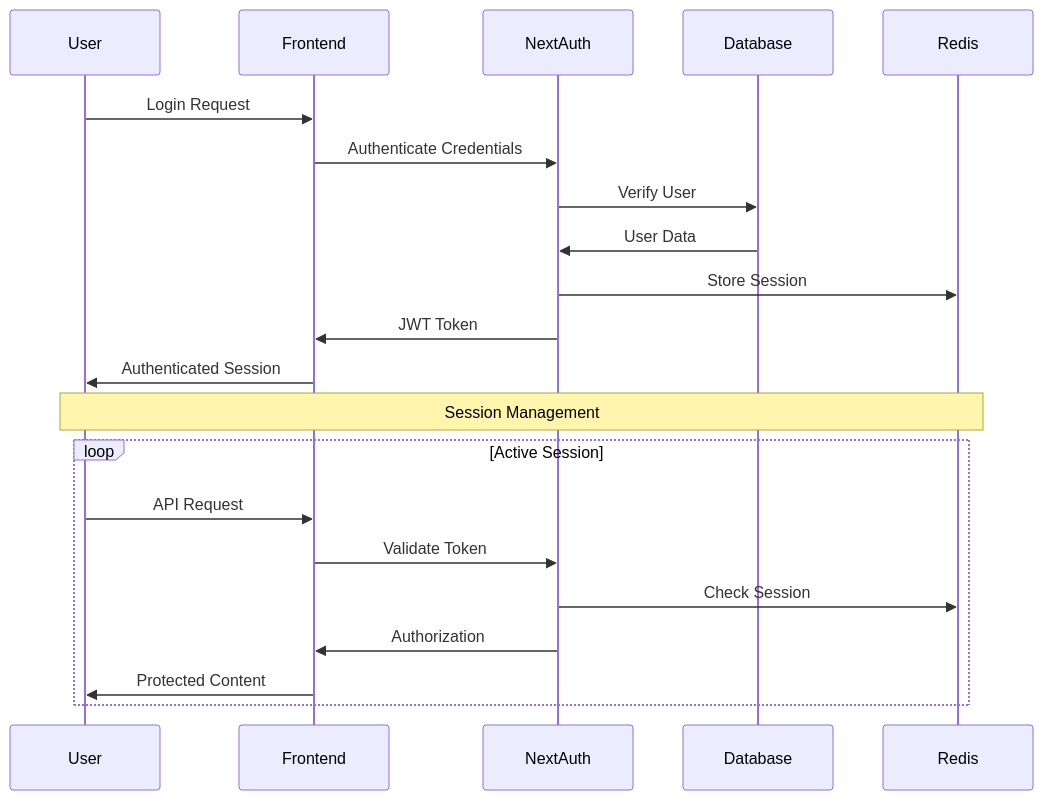
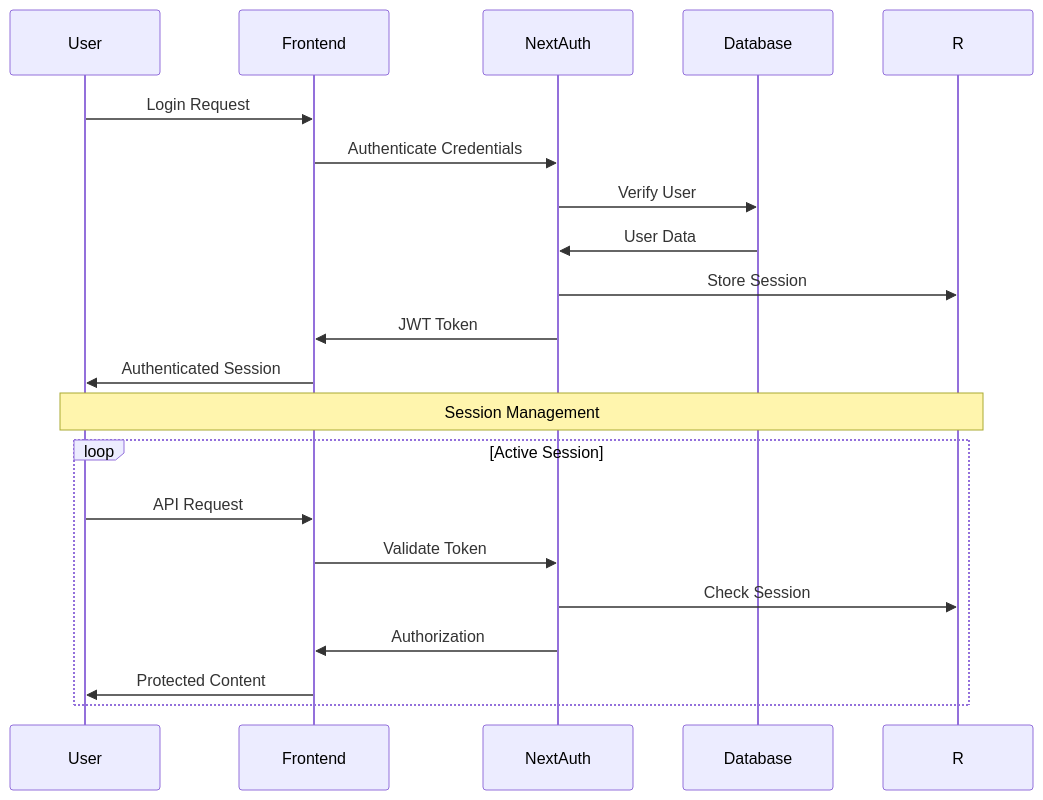
One commit to innovationwizard/IngePro changed the first of 2 diagrams in docs/architecture/security-architecture.md. Above: the diagram before and after it, drawn with Mermaid. The commit also changed 9 other files, not shown here.

First line of the commit message:
Remove all Redis references from documentation and architecture files

````diff
--- a/docs/architecture/security-architecture.md
+++ b/docs/architecture/security-architecture.md
@@ -4,25 +4,25 @@
 ```mermaid
 sequenceDiagram
     participant U as User
     participant F as Frontend
     participant A as NextAuth
     participant D as Database
-    participant R as Redis
+    
     
     U->>F: Login Request
     F->>A: Authenticate Credentials
     A->>D: Verify User
     D->>A: User Data
     A->>R: Store Session
     A->>F: JWT Token
     F->>U: Authenticated Session
     
     Note over U,R: Session Management
     loop Active Session
         U->>F: API Request
         F->>A: Validate Token
         A->>R: Check Session
         A->>F: Authorization
         F->>U: Protected Content
     end
 ```
````
